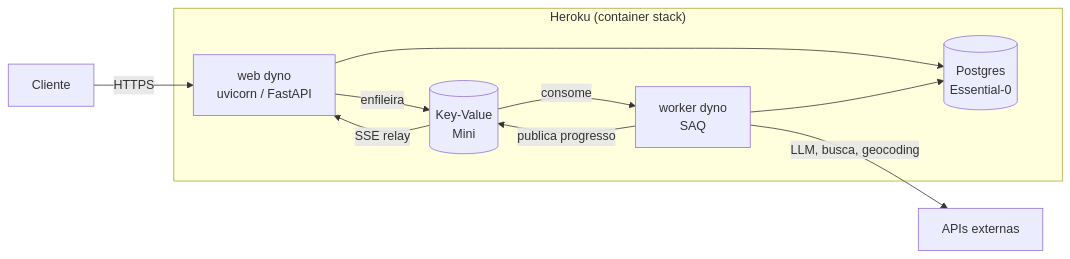
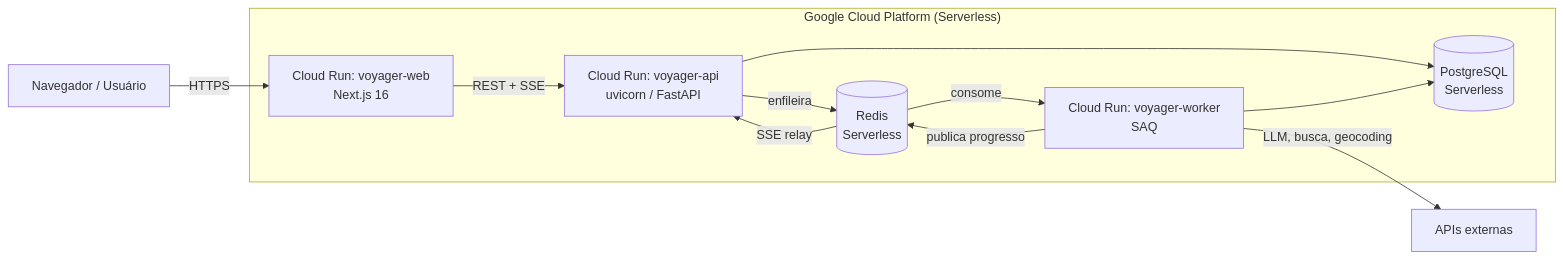
One commit to henriquebotelhogomes/agencia_viagens_ia changed the diagram in docs/operations/deploy.md. Above: the diagram before and after it, drawn with Mermaid. The commit also changed other lines of this file and 64 other files, not shown here.

First line of the commit message:
feat(infra): migra hospedagem para Google Cloud Run, atualiza prints/GIF e adiciona central de reservas

````diff
--- a/docs/operations/deploy.md
+++ b/docs/operations/deploy.md
@@ -8,18 +7,20 @@
 ```mermaid
 flowchart LR
-    subgraph heroku["Heroku (container stack)"]
-        web["web dyno<br/>uvicorn / FastAPI"]
-        worker["worker dyno<br/>SAQ"]
-        pg[("Postgres<br/>Essential-0")]
-        kv[("Key-Value<br/>Mini")]
+    subgraph gcp["Google Cloud Platform (Serverless)"]
+        web["Cloud Run: voyager-api<br/>uvicorn / FastAPI"]
+        worker["Cloud Run: voyager-worker<br/>SAQ"]
+        frontend["Cloud Run: voyager-web<br/>Next.js 16"]
+        pg[("PostgreSQL<br/>Serverless")]
+        kv[("Redis<br/>Serverless")]
     end
 
-    cliente["Cliente"] -->|HTTPS| web
+    cliente["Navegador / Usuário"] -->|HTTPS| frontend
+    frontend -->|REST + SSE| web
     web -->|enfileira| kv
     kv -->|consome| worker
     worker -->|publica progresso| kv
     kv -->|SSE relay| web
     web --> pg
     worker --> pg
     worker -->|LLM, busca, geocoding| externo["APIs externas"]
 ```
````
